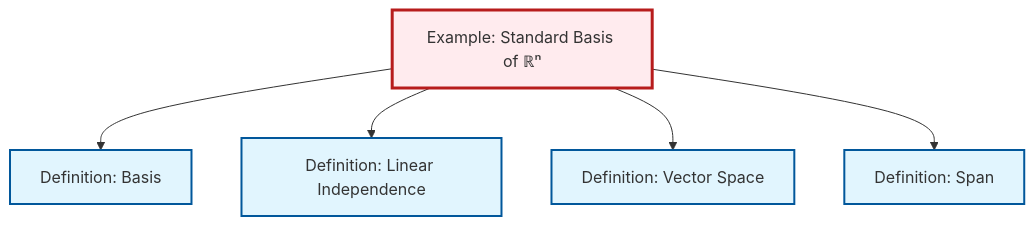
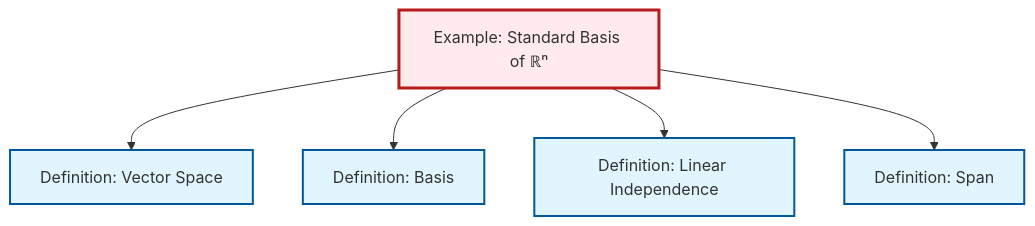
The diagram in content/en/algebra/ex-standard-basis-rn.qmd (RK0429/ModernMath), drawn with Mermaid before and after one commit. The commit also changed other lines of this file and 530 other files, not shown here.

````diff
--- a/content/en/algebra/ex-standard-basis-rn.qmd
+++ b/content/en/algebra/ex-standard-basis-rn.qmd
@@ -62,23 +62,23 @@
 ```{mermaid}
 %%| fig-cap: "Local dependency graph"
 graph TD
     classDef definition fill:#e1f5fe,stroke:#01579b,stroke-width:2px
     classDef theorem fill:#f3e5f5,stroke:#4a148c,stroke-width:2px
     classDef axiom fill:#fff3e0,stroke:#e65100,stroke-width:2px
     classDef example fill:#e8f5e9,stroke:#1b5e20,stroke-width:2px
     classDef current fill:#ffebee,stroke:#b71c1c,stroke-width:3px
-    def-vector-space["Definition: Vector Space"]:::definition
-    def-span["Definition: Span"]:::definition
-    def-linear-independence["Definition: Linear Independence"]:::definition
     ex-standard-basis-rn["Example: Standard Basis of ℝⁿ"]:::example
     def-basis["Definition: Basis"]:::definition
+    def-linear-independence["Definition: Linear Independence"]:::definition
+    def-span["Definition: Span"]:::definition
+    def-vector-space["Definition: Vector Space"]:::definition
+    ex-standard-basis-rn --> def-vector-space
     ex-standard-basis-rn --> def-basis
     ex-standard-basis-rn --> def-linear-independence
-    ex-standard-basis-rn --> def-vector-space
     ex-standard-basis-rn --> def-span
     class ex-standard-basis-rn current
+    click def-basis "def-basis.html" "Go to Basis definition"
+    click def-linear-independence "def-linear-independence.html" "Go to Linear Independence definition"
+    click def-span "def-span.html" "Go to Span definition"
     click def-vector-space "def-vector-space.html" "Go to Vector Space definition"
-    click def-span "def-span.html" "Go to Span definition"
-    click def-linear-independence "def-linear-independence.html" "Go to Linear Independence definition"
-    click def-basis "def-basis.html" "Go to Basis definition"
 ```
````
